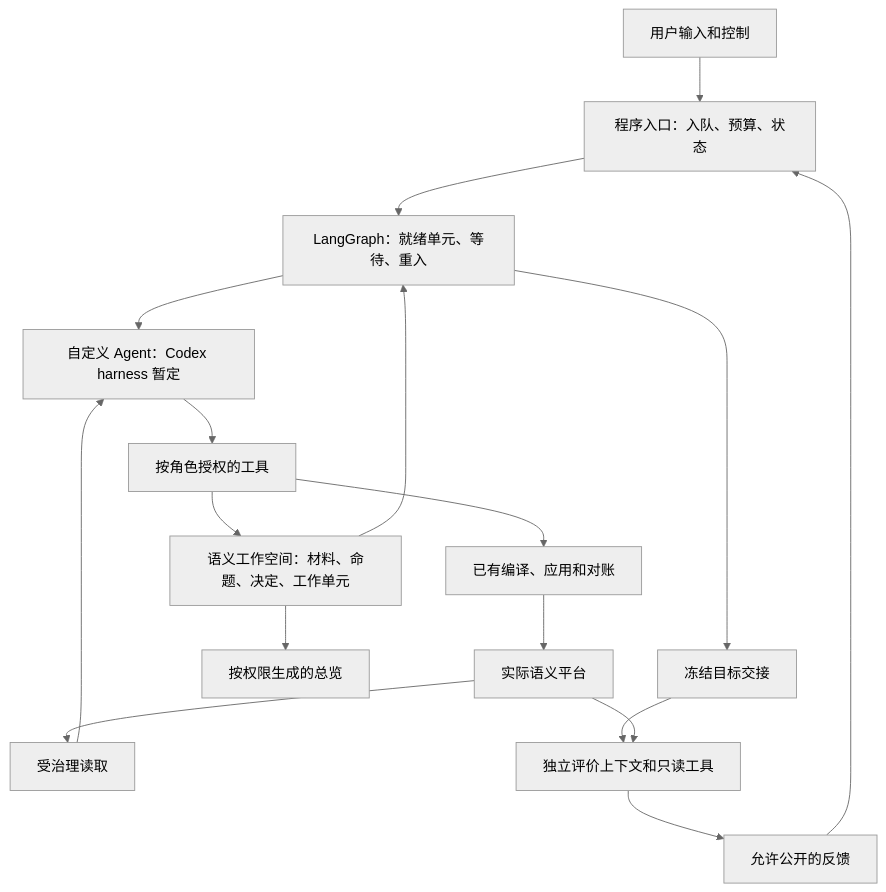
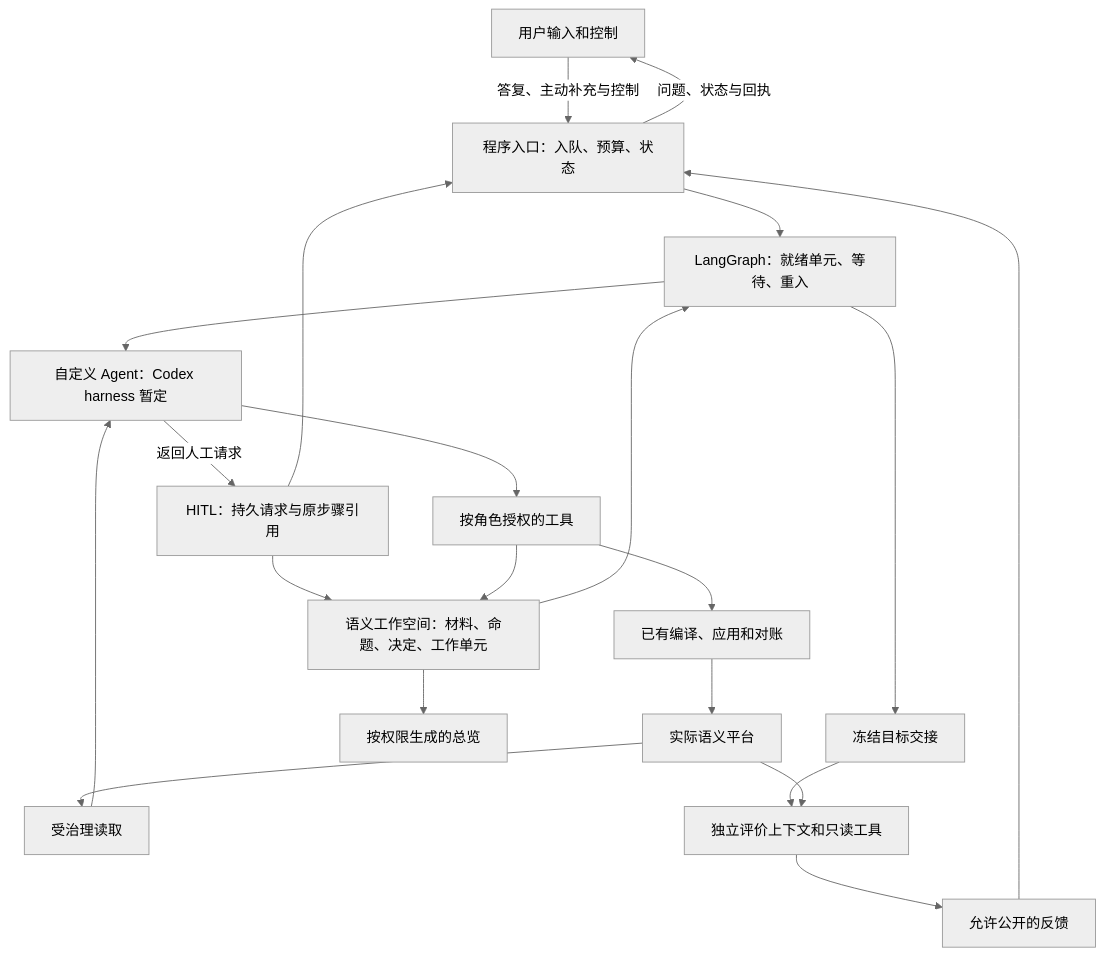
Before and after one commit to yemmmm/ontology-platform: the diagram in docs/delivery/implementation-plans/2026-10-28-v5-langgraph-codex-migration-plan.md, drawn with Mermaid (neutral theme). The commit also changed other lines of this file and 1 other file, not shown here.

Commit message:
Split v5 P1 delivery and adopt direct HITL

````diff
--- a/docs/delivery/implementation-plans/2026-10-28-v5-langgraph-codex-migration-plan.md
+++ b/docs/delivery/implementation-plans/2026-10-28-v5-langgraph-codex-migration-plan.md
@@ -41,19 +43,23 @@
 ```mermaid
 flowchart TB
-    U[用户输入和控制] --> C[程序入口：入队、预算、状态]
+    U[用户输入和控制] -->|答复、主动补充与控制| C[程序入口：入队、预算、状态]
+    C -->|问题、状态与回执| U
     C --> G[LangGraph：就绪单元、等待、重入]
     G --> A[自定义 Agent：Codex harness 暂定]
+    A -->|返回人工请求| Q[HITL：持久请求与原步骤引用]
+    Q --> C
+    Q --> W
     A --> T[按角色授权的工具]
     T --> W[语义工作空间：材料、命题、决定、工作单元]
     T --> X[已有编译、应用和对账]
     X --> P[实际语义平台]
     P --> R[受治理读取]
     R --> A
     W --> G
     W --> S[按权限生成的总览]
     G --> H[冻结目标交接]
     H --> E[独立评价上下文和只读工具]
     P --> E
     E --> F[允许公开的反馈]
     F --> C
 ```
````
